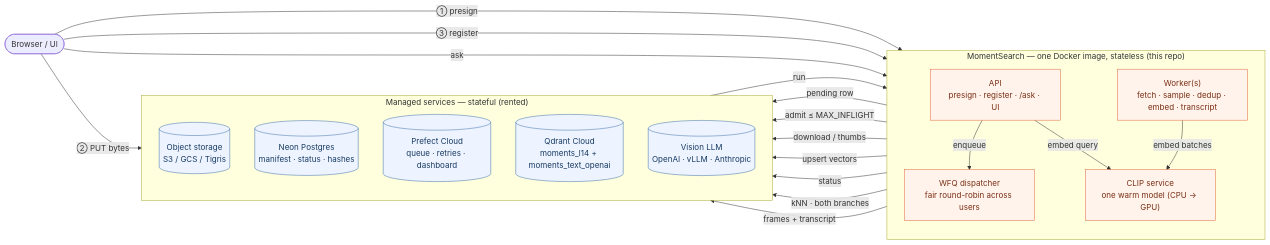
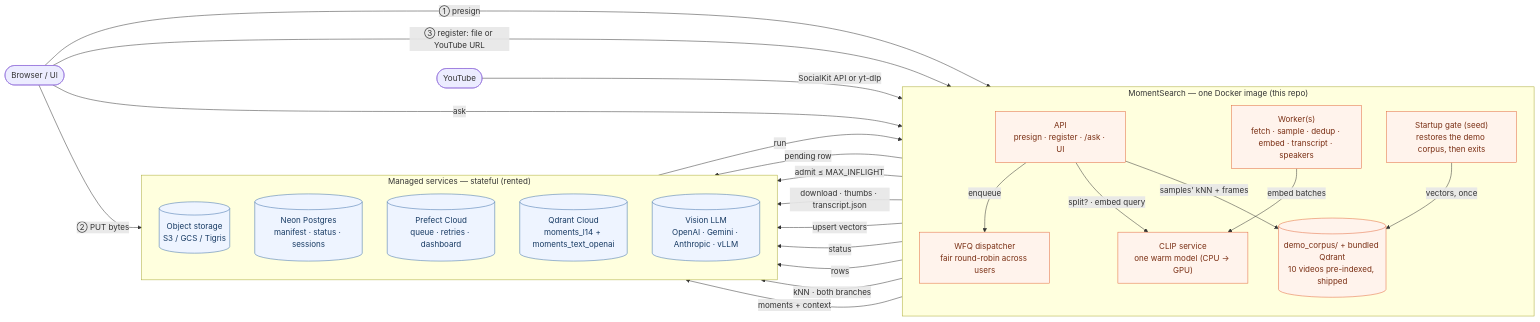
One commit to traversaal-ai/momentsearch changed the diagram in README.md. Above: the diagram before and after it, drawn with Mermaid. The commit also changed other lines of this file and 1407 other files, not shown here.

````diff
--- a/README.md
+++ b/README.md
@@ -272,45 +311,55 @@
 ```mermaid
 flowchart LR
   user(["Browser / UI"])
 
-  subgraph repo["MomentSearch — one Docker image, stateless (this repo)"]
+  yt(["YouTube"])
+
+  subgraph repo["MomentSearch — one Docker image (this repo)"]
     direction TB
     api["API<br/>presign · register · /ask · UI"]
     disp["WFQ dispatcher<br/>fair round-robin across users"]
-    worker["Worker(s)<br/>fetch · sample · dedup · embed · transcript"]
+    worker["Worker(s)<br/>fetch · sample · dedup · embed · transcript · speakers"]
     clip["CLIP service<br/>one warm model (CPU → GPU)"]
+    gate["Startup gate (seed)<br/>restores the demo corpus, then exits"]
+    demo[("demo_corpus/ + bundled Qdrant<br/>10 videos pre-indexed, shipped")]
   end
 
   subgraph managed["Managed services — stateful (rented)"]
     direction TB
     obj[("Object storage<br/>S3 / GCS / Tigris")]
-    pg[("Neon Postgres<br/>manifest · status · hashes")]
+    pg[("Neon Postgres<br/>manifest · status · sessions")]
     prefect[("Prefect Cloud<br/>queue · retries · dashboard")]
     qdrant[("Qdrant Cloud<br/>moments_l14 + moments_text_openai")]
-    vlm[("Vision LLM<br/>OpenAI · vLLM · Anthropic")]
+    vlm[("Vision LLM<br/>OpenAI · Gemini · Anthropic · vLLM")]
   end
 
   %% write path
   user -->|"① presign"| api
   user -->|"② PUT bytes"| obj
-  user -->|"③ register"| api
+  user -->|"③ register: file or YouTube URL"| api
   api -->|"pending row"| pg
   api -->|"enqueue"| disp
   disp -->|"admit ≤ MAX_INFLIGHT"| prefect
   prefect -->|"run"| worker
-  worker -->|"download / thumbs"| obj
+  yt -->|"SocialKit API or yt-dlp"| worker
+  worker -->|"download · thumbs · transcript.json"| obj
   worker -->|"embed batches"| clip
   worker -->|"upsert vectors"| qdrant
   worker -->|"status"| pg
 
+  %% demo corpus
+  gate -->|"rows"| pg
+  gate -->|"vectors, once"| demo
+
   %% read path
   user -->|"ask"| api
-  api -->|"embed query"| clip
+  api -->|"split? · embed query"| clip
   api -->|"kNN · both branches"| qdrant
-  api -->|"frames + transcript"| vlm
+  api -->|"samples' kNN + frames"| demo
+  api -->|"moments + context"| vlm
 
   classDef repoN fill:#fff3ec,stroke:#e2683c,color:#7a2f14;
   classDef mgmtN fill:#eef4ff,stroke:#3b6ea8,color:#173a63;
-  class api,disp,worker,clip repoN;
+  class api,disp,worker,clip,gate,demo repoN;
   class obj,pg,prefect,qdrant,vlm mgmtN;
 ```
````
